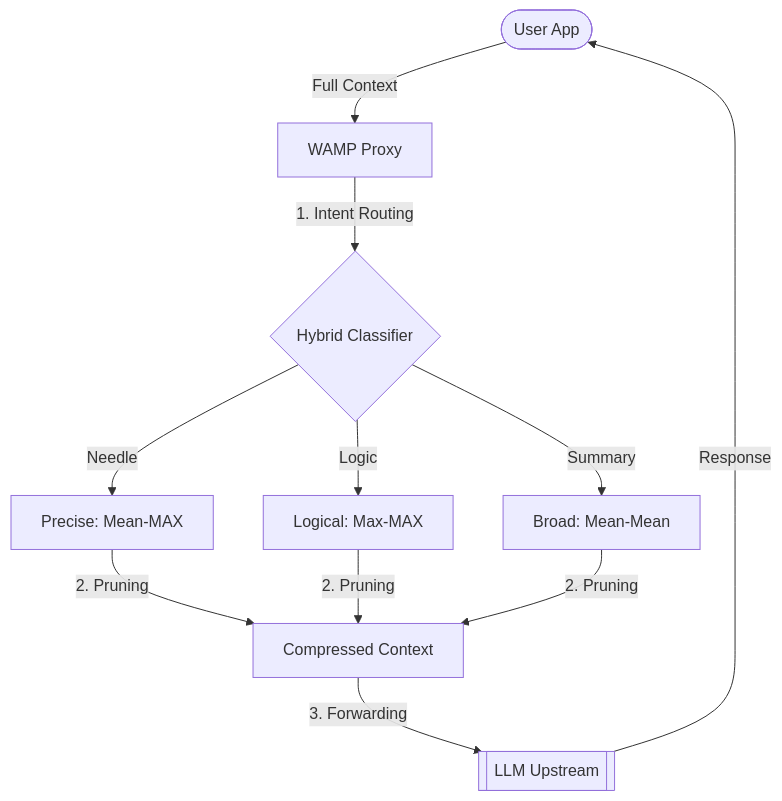
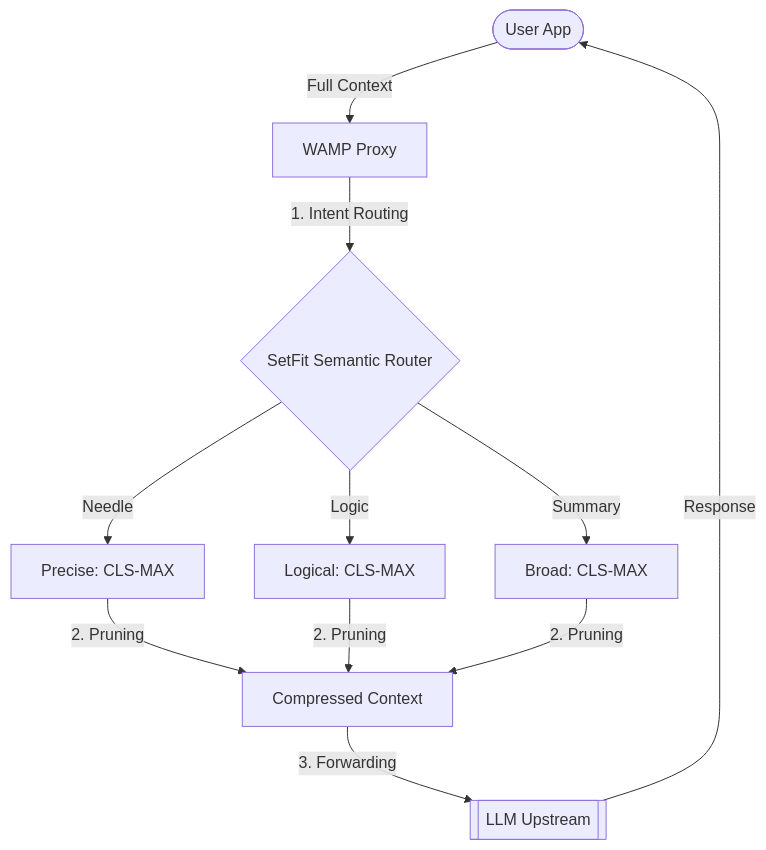
Before and after one commit to naranor/wamp-proxy: the diagram in README.md, drawn with Mermaid. The commit also changed other lines of this file and 35 other files, not shown here.

First line of the commit message:
feat: Implement unified SetFit (MiniLM-L12) engine for routing and filtering

````diff
--- a/README.md
+++ b/README.md
@@ -37,11 +40,11 @@
 ```mermaid
 graph TD
     User([User App]) -->|Full Context| WAMP[WAMP Proxy]
-    WAMP -->|1. Intent Routing| Router{Hybrid Classifier}
-    Router -->|Needle| P1[Precise: Mean-MAX]
-    Router -->|Logic| P2[Logical: Max-MAX]
-    Router -->|Summary| P3[Broad: Mean-Mean]
+    WAMP -->|1. Intent Routing| Router{SetFit Semantic Router}
+    Router -->|Needle| P1[Precise: CLS-MAX]
+    Router -->|Logic| P2[Logical: CLS-MAX]
+    Router -->|Summary| P3[Broad: CLS-MAX]
     P1 & P2 & P3 -->|2. Pruning| Final[Compressed Context]
     Final -->|3. Forwarding| Upstream[[LLM Upstream]]
     Upstream -->|Response| User
 ```
````
